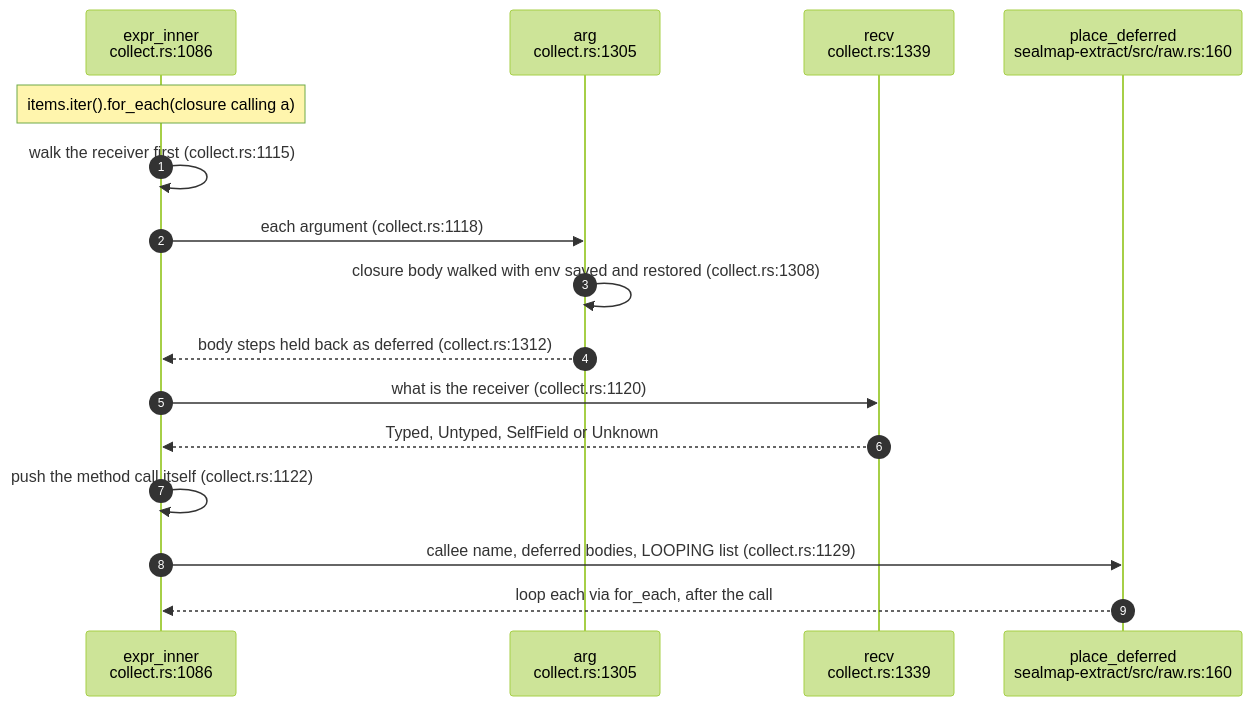
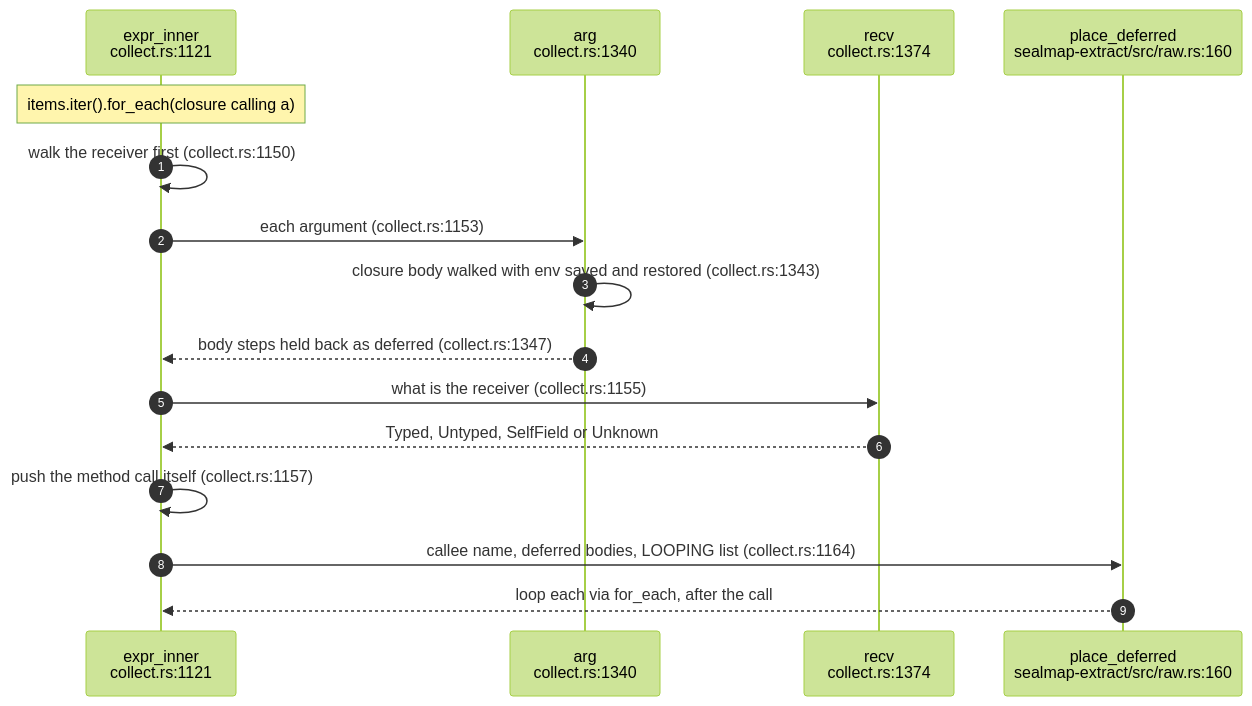
One commit to DreamLab-AI/codemaid changed the second of 7 diagrams in docs/diagrams/extract/03-the-flow-walker-and-raw-ir.md. Above: the diagram before and after it, drawn with Mermaid (forest theme). The commit also changed other lines of this file and 8 other files, not shown here.

First line of the commit message:
docs(diagrams): restamp the extract topics to fec7aff; record the generics fix

````diff
--- a/docs/diagrams/extract/03-the-flow-walker-and-raw-ir.md
+++ b/docs/diagrams/extract/03-the-flow-walker-and-raw-ir.md
@@ -109,18 +109,18 @@
 ```mermaid
 sequenceDiagram
     autonumber
-    participant EI as expr_inner<br/>collect.rs:1086
-    participant AR as arg<br/>collect.rs:1305
-    participant RV as recv<br/>collect.rs:1339
+    participant EI as expr_inner<br/>collect.rs:1121
+    participant AR as arg<br/>collect.rs:1340
+    participant RV as recv<br/>collect.rs:1374
     participant PD as place_deferred<br/>sealmap-extract/src/raw.rs:160
     Note over EI: items.iter().for_each(closure calling a)
-    EI->>EI: walk the receiver first (collect.rs:1115)
-    EI->>AR: each argument (collect.rs:1118)
-    AR->>AR: closure body walked with env saved and restored (collect.rs:1308)
-    AR-->>EI: body steps held back as deferred (collect.rs:1312)
-    EI->>RV: what is the receiver (collect.rs:1120)
+    EI->>EI: walk the receiver first (collect.rs:1150)
+    EI->>AR: each argument (collect.rs:1153)
+    AR->>AR: closure body walked with env saved and restored (collect.rs:1343)
+    AR-->>EI: body steps held back as deferred (collect.rs:1347)
+    EI->>RV: what is the receiver (collect.rs:1155)
     RV-->>EI: Typed, Untyped, SelfField or Unknown
-    EI->>EI: push the method call itself (collect.rs:1122)
-    EI->>PD: callee name, deferred bodies, LOOPING list (collect.rs:1129)
+    EI->>EI: push the method call itself (collect.rs:1157)
+    EI->>PD: callee name, deferred bodies, LOOPING list (collect.rs:1164)
     PD-->>EI: loop each via for_each, after the call
 ```
````
